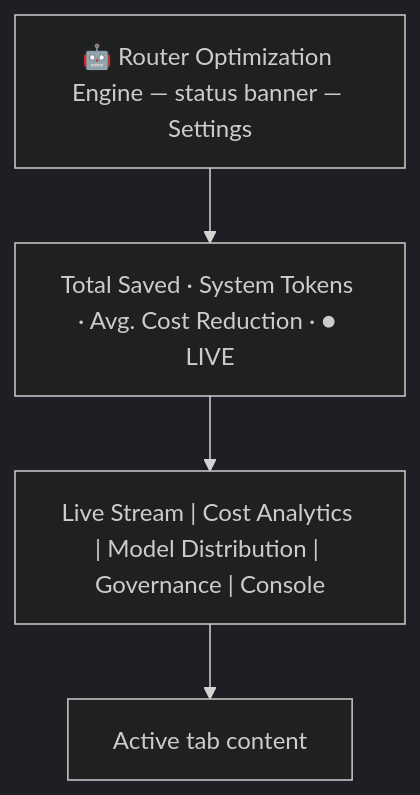
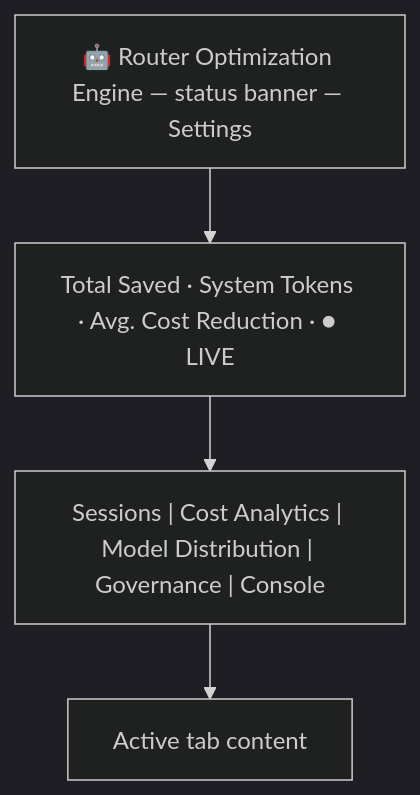
One commit to davidpizon/TotallyHot-ArcRouter changed the diagram in docs/gui/dashboard.md. Above: the diagram before and after it, drawn with Mermaid (dark theme). The commit also changed other lines of this file and 28 other files, not shown here.

````diff
--- a/docs/gui/dashboard.md
+++ b/docs/gui/dashboard.md
@@ -61,9 +61,9 @@
 ```mermaid
 flowchart TD
     Header["🤖 Router Optimization Engine — status banner — Settings"]
     Ticker["Total Saved · System Tokens · Avg. Cost Reduction · ● LIVE"]
-    Tabs["Live Stream | Cost Analytics | Model Distribution | Governance | Console"]
+    Tabs["Sessions | Cost Analytics | Model Distribution | Governance | Console"]
     Content["Active tab content"]
 
     Header --> Ticker --> Tabs --> Content
 ```
````
